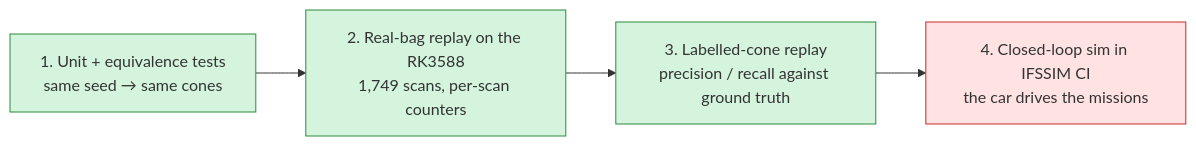
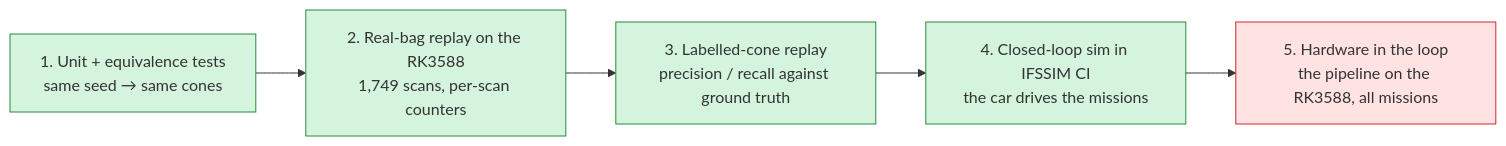
The first of 11 diagrams in docs/arm_optimization/validation.md (isc-fs/IFS09-DV-PIPELINE), drawn with Mermaid before and after one commit. The commit also changed other lines of this file and 6 other files, not shown here.

````diff
--- a/docs/arm_optimization/validation.md
+++ b/docs/arm_optimization/validation.md
@@ -6,10 +6,11 @@
 ```mermaid
 flowchart LR
     U[1. Unit + equivalence tests<br/>same seed → same cones] --> B[2. Real-bag replay on the RK3588<br/>1,749 scans, per-scan counters]
     B --> G[3. Labelled-cone replay<br/>precision / recall against ground truth]
     G --> S[4. Closed-loop sim in IFSSIM CI<br/>the car drives the missions]
+    S --> H[5. Hardware in the loop<br/>the pipeline on the RK3588, all missions]
     classDef ok fill:#d4f4dd,stroke:#2b8a3e
     classDef open fill:#ffe3e3,stroke:#c92a2a
-    class U,B,G ok
-    class S open
+    class U,B,G,S ok
+    class H open
 ```
````
